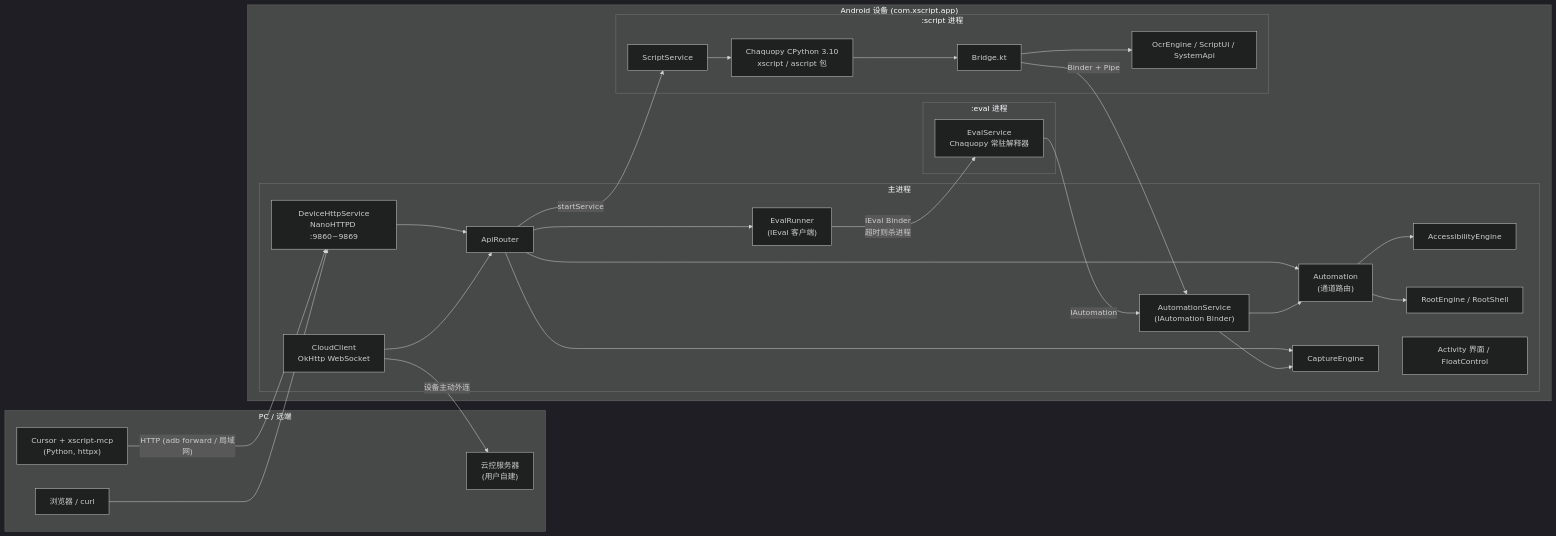
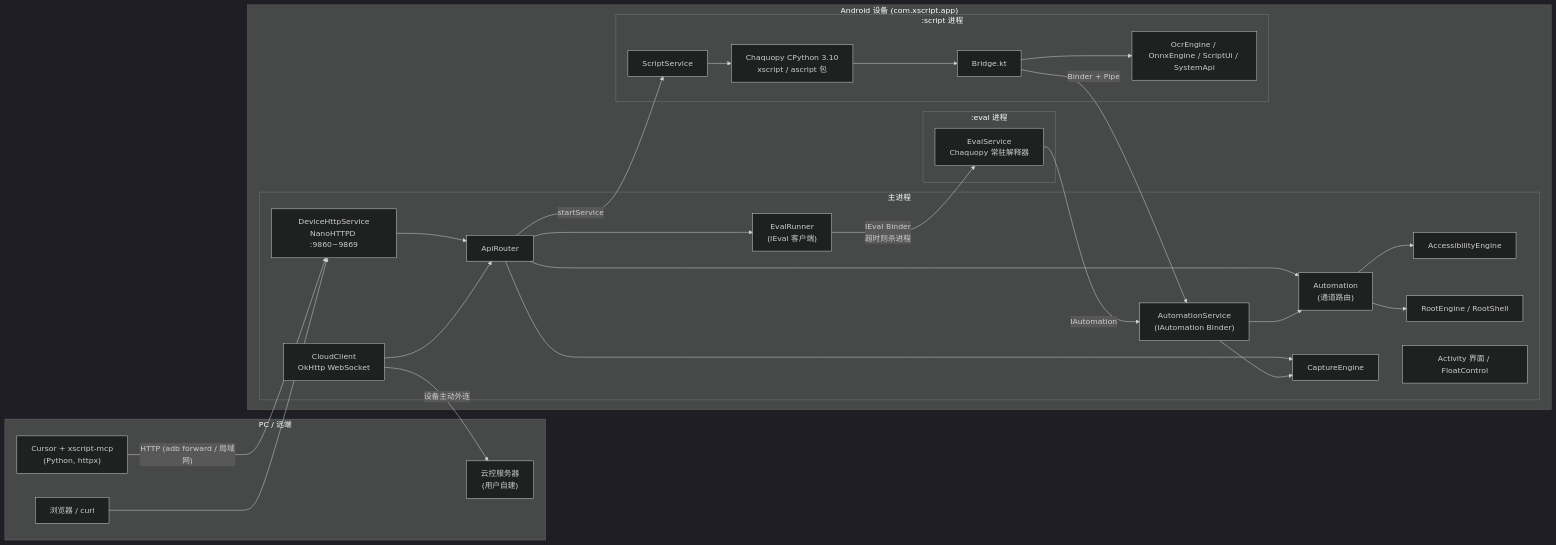
The first of 4 diagrams in docs/ARCHITECTURE.md (JackLuguibin/xscript), drawn with Mermaid (dark theme) before and after one commit. The commit also changed other lines of this file and 53 other files, not shown here.

````diff
--- a/docs/ARCHITECTURE.md
+++ b/docs/ARCHITECTURE.md
@@ -9,50 +9,50 @@
 ```mermaid
 flowchart LR
     subgraph PC["PC / 远端"]
         Cursor["Cursor + xscript-mcp<br/>(Python, httpx)"]
         Browser["浏览器 / curl"]
         Cloud["云控服务器<br/>(用户自建)"]
     end
 
     subgraph Phone["Android 设备 (com.xscript.app)"]
         subgraph Main["主进程"]
             HTTP["DeviceHttpService<br/>NanoHTTPD :9860~9869"]
             WS["CloudClient<br/>OkHttp WebSocket"]
             Router["ApiRouter"]
             Auto["Automation<br/>(通道路由)"]
             A11y["AccessibilityEngine"]
             Root["RootEngine / RootShell"]
             Cap["CaptureEngine"]
             AIDL["AutomationService<br/>(IAutomation Binder)"]
             Eval["EvalRunner<br/>(IEval 客户端)"]
             UI["Activity 界面 / FloatControl"]
         end
         subgraph EvalP[":eval 进程"]
             ES["EvalService<br/>Chaquopy 常驻解释器"]
         end
         subgraph Script[":script 进程"]
             SS["ScriptService"]
             Py["Chaquopy CPython 3.10<br/>xscript / ascript 包"]
             Bridge["Bridge.kt"]
-            Local["OcrEngine / ScriptUi / SystemApi"]
+            Local["OcrEngine / OnnxEngine / ScriptUi / SystemApi"]
         end
     end
 
     Cursor -- "HTTP (adb forward / 局域网)" --> HTTP
     Browser --> HTTP
     WS -- "设备主动外连" --> Cloud
     HTTP --> Router
     WS --> Router
     Router --> Auto
     Router --> Eval
     Eval -- "IEval Binder<br/>超时则杀进程" --> ES
     ES -- "IAutomation" --> AIDL
     Router -- "startService" --> SS
     Auto --> A11y
     Auto --> Root
     Router --> Cap
     SS --> Py --> Bridge
     Bridge --> Local
     Bridge -- "Binder + Pipe" --> AIDL --> Auto
     AIDL --> Cap
 ```
````
